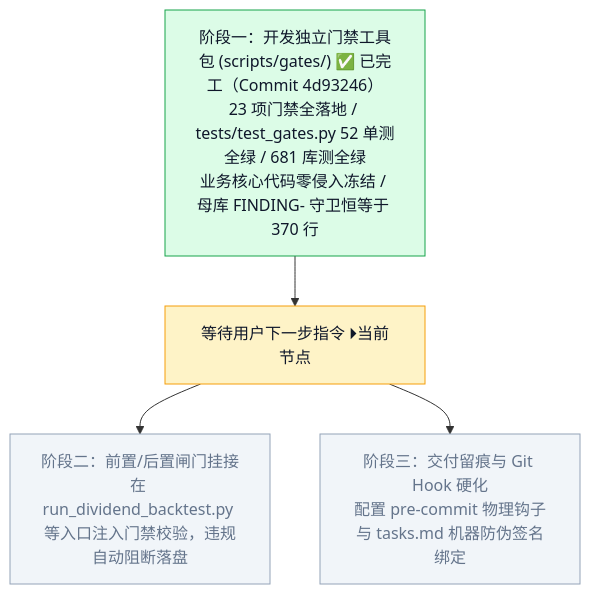
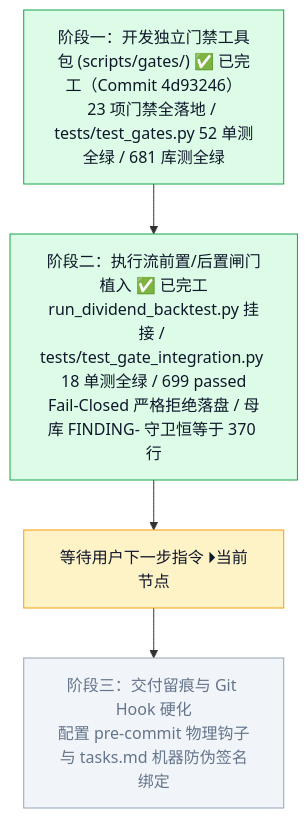
The sixth of 6 diagrams in docs/project_status_flowchart.md (YZml1507/FinAI2.0), drawn with Mermaid before and after one commit. The commit also changed other lines of this file and 9 other files, not shown here.

Commit message:
feat(gates): complete phase 2 gate integration into backtest flow with fail-closed defense (699 passed)

````diff
--- a/docs/project_status_flowchart.md
+++ b/docs/project_status_flowchart.md
@@ -128,11 +132,11 @@
 ```mermaid
 flowchart TD
-  STAGE1["阶段一：开发独立门禁工具包 (scripts/gates/) ✅ 已完工（Commit 4d93246）<br/>23 项门禁全落地 / tests/test_gates.py 52 单测全绿 / 681 库测全绿<br/>业务核心代码零侵入冻结 / 母库 FINDING- 守卫恒等于 370 行"]
-  STAGE1 --> NEXT["等待用户下一步指令 ⏵当前节点"]
-  NEXT --> STAGE2["阶段二：前置/后置闸门挂接<br/>在 run_dividend_backtest.py 等入口注入门禁校验，违规自动阻断落盘"]
+  STAGE1["阶段一：开发独立门禁工具包 (scripts/gates/) ✅ 已完工（Commit 4d93246）<br/>23 项门禁全落地 / tests/test_gates.py 52 单测全绿 / 681 库测全绿"]
+  STAGE1 --> STAGE2["阶段二：执行流前置/后置闸门植入 ✅ 已完工<br/>run_dividend_backtest.py 挂接 / tests/test_gate_integration.py 18 单测全绿 / 699 passed<br/>Fail-Closed 严格拒绝落盘 / 母库 FINDING- 守卫恒等于 370 行"]
+  STAGE2 --> NEXT["等待用户下一步指令 ⏵当前节点"]
   NEXT --> STAGE3["阶段三：交付留痕与 Git Hook 硬化<br/>配置 pre-commit 物理钩子与 tasks.md 机器防伪签名绑定"]
   style STAGE1 fill:#dcfce7,stroke:#16a34a,color:#0f172a
+  style STAGE2 fill:#dcfce7,stroke:#16a34a,color:#0f172a
   style NEXT fill:#fef3c7,stroke:#f59e0b,color:#0f172a
-  style STAGE2 fill:#f1f5f9,stroke:#94a3b8,color:#64748b
   style STAGE3 fill:#f1f5f9,stroke:#94a3b8,color:#64748b
 ```
````
